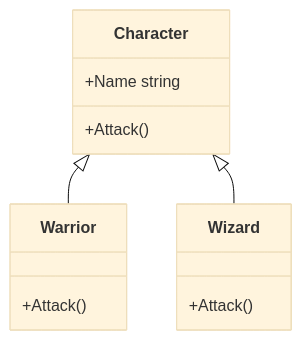
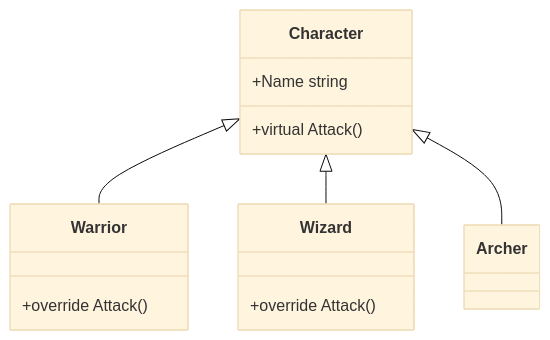
The first of 2 diagrams in docs/csharp/polymorphism/index.md (LeonAkasaka/unity-csharp-learning), drawn with Mermaid (base theme) before and after one commit. The commit also changed other lines of this file and 8 other files, not shown here.

````diff
--- a/docs/csharp/polymorphism/index.md
+++ b/docs/csharp/polymorphism/index.md
@@ -180,15 +202,16 @@
 ```mermaid
 classDiagram
     Character <|-- Warrior
     Character <|-- Wizard
+    Character <|-- Archer
     class Character {
         +Name string
-        +Attack()
+        +virtual Attack()
     }
     class Warrior {
-        +Attack()
+        +override Attack()
     }
     class Wizard {
-        +Attack()
+        +override Attack()
     }
 ```
````
